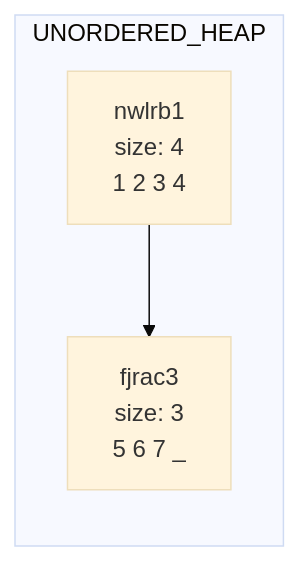
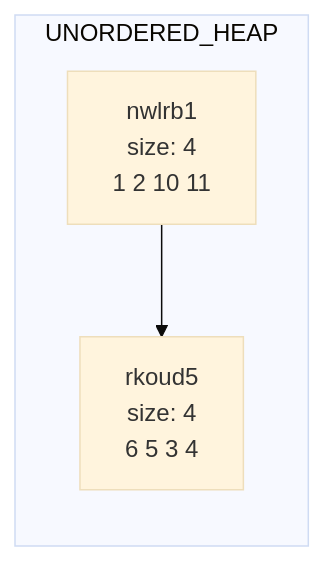
Before and after one commit to vasu0403/bpTree: the second of 2 diagrams in data/chart.md, drawn with Mermaid (base theme). The commit also changed other lines of this file and 16 other files, not shown here.

````diff
--- a/data/chart.md
+++ b/data/chart.md
@@ -11,8 +19,8 @@
 ```mermaid
 graph LR
 subgraph UNORDERED_HEAP
-nwlrb1[nwlrb1<br/>size: 4<br/>1 2 3 4 ]
-fjrac3[fjrac3<br/>size: 3<br/>5 6 7 _ ]
-nwlrb1-->fjrac3
+nwlrb1[nwlrb1<br/>size: 4<br/>1 2 10 11 ]
+rkoud5[rkoud5<br/>size: 4<br/>6 5 3 4 ]
+nwlrb1-->rkoud5
 end
 ```
````
